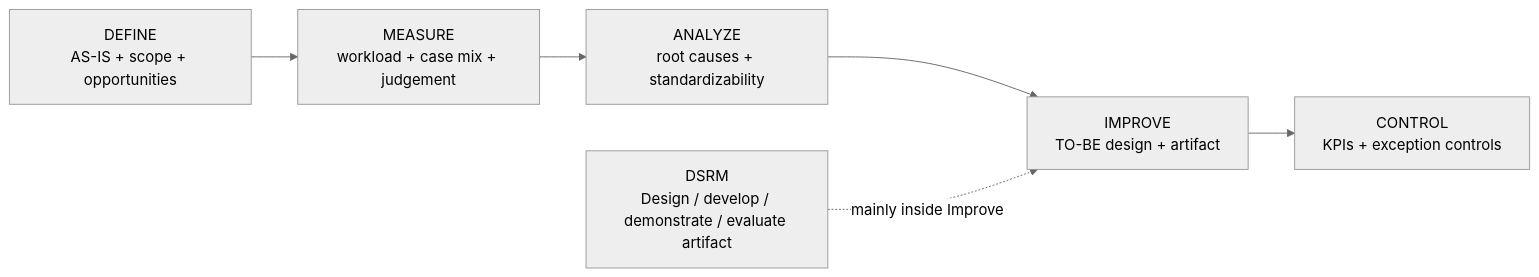
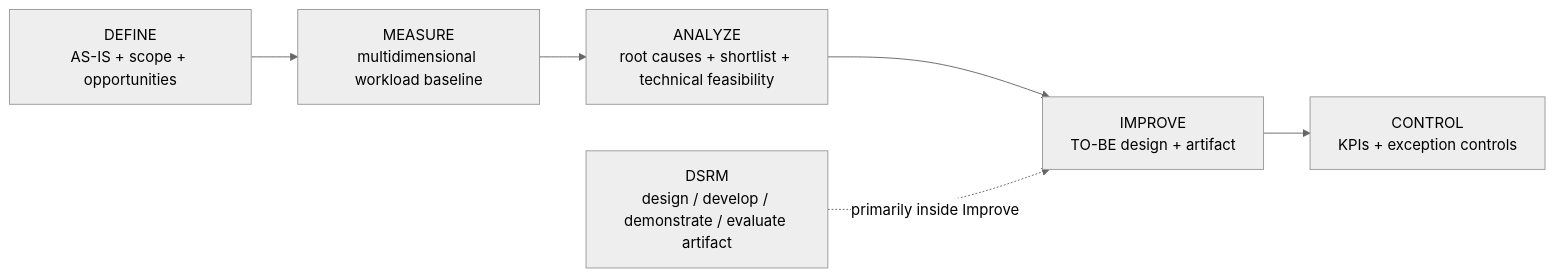
Before and after one commit to Luuuuuig/Bachelor-End-Project: the diagram in docs/methodology/Phase_1_Current_Methodology.md, drawn with Mermaid (neutral theme). The commit also changed other lines of this file, not shown here.

Commit message:
Synchronize methodology with workload framework and Measure protocol

````diff
--- a/docs/methodology/Phase_1_Current_Methodology.md
+++ b/docs/methodology/Phase_1_Current_Methodology.md
@@ -50,13 +54,13 @@
 ```mermaid
 flowchart LR
     D["DEFINE\nAS-IS + scope + opportunities"]
-    M["MEASURE\nworkload + case mix + judgement"]
-    A["ANALYZE\nroot causes + standardizability"]
+    M["MEASURE\nmultidimensional workload baseline"]
+    A["ANALYZE\nroot causes + shortlist + technical feasibility"]
     I["IMPROVE\nTO-BE design + artifact"]
     C["CONTROL\nKPIs + exception controls"]
 
     D --> M --> A --> I --> C
 
-    DSRM["DSRM\nDesign / develop / demonstrate / evaluate artifact"]
-    DSRM -. "mainly inside Improve" .-> I
+    DSRM["DSRM\ndesign / develop / demonstrate / evaluate artifact"]
+    DSRM -. "primarily inside Improve" .-> I
 ```
````
